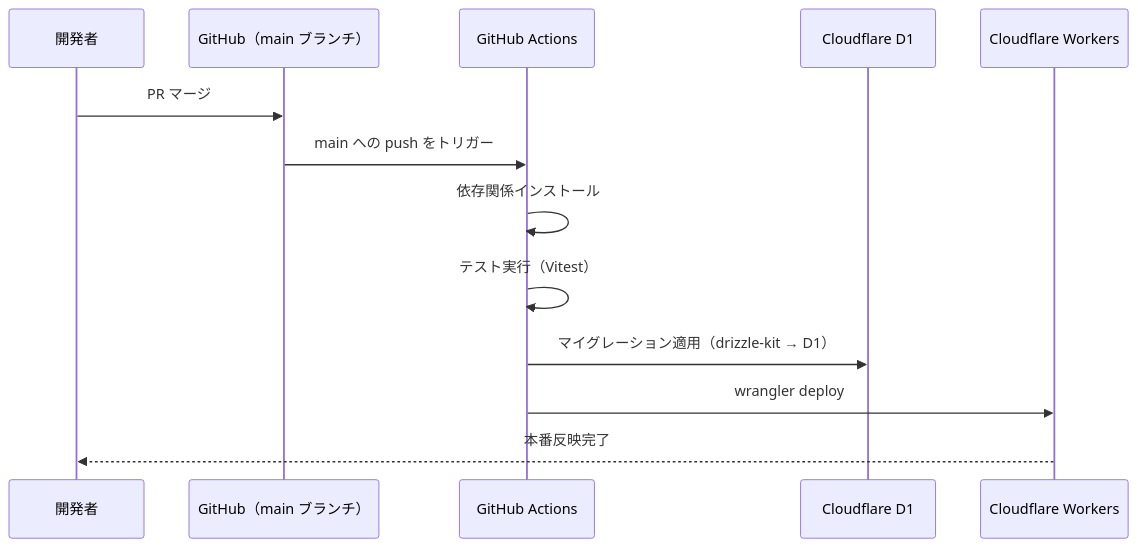
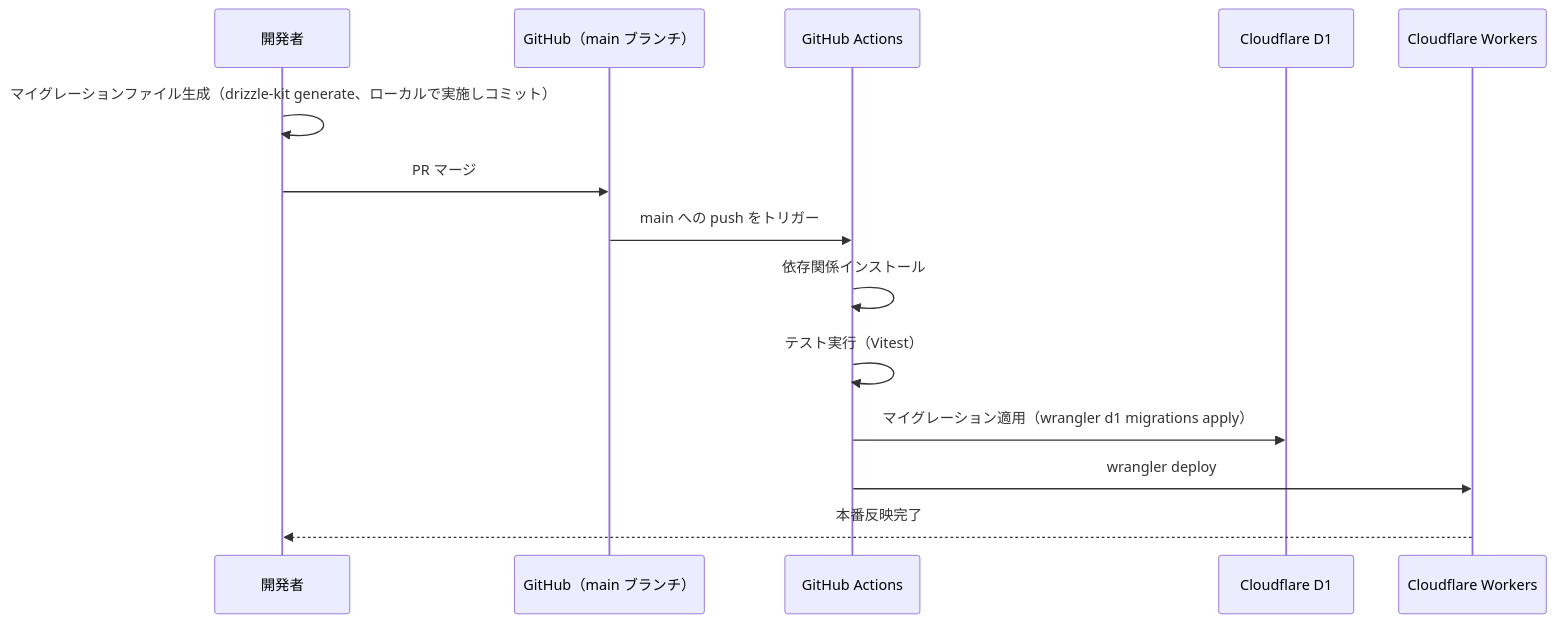
Before and after one commit to akitouchiyama/GainLog: the third of 3 diagrams in docs/Design/architecture.md, drawn with Mermaid. The commit also changed other lines of this file, not shown here.

````diff
--- a/docs/Design/architecture.md
+++ b/docs/Design/architecture.md
@@ -57,16 +61,17 @@
 ```mermaid
 sequenceDiagram
     participant Dev as 開発者
     participant GH as GitHub（main ブランチ）
     participant CI as GitHub Actions
     participant D1 as Cloudflare D1
     participant CF as Cloudflare Workers
 
+    Dev->>Dev: マイグレーションファイル生成（drizzle-kit generate、ローカルで実施しコミット）
     Dev->>GH: PR マージ
     GH->>CI: main への push をトリガー
     CI->>CI: 依存関係インストール
     CI->>CI: テスト実行（Vitest）
-    CI->>D1: マイグレーション適用（drizzle-kit → D1）
+    CI->>D1: マイグレーション適用（wrangler d1 migrations apply）
     CI->>CF: wrangler deploy
     CF-->>Dev: 本番反映完了
 ```
````
